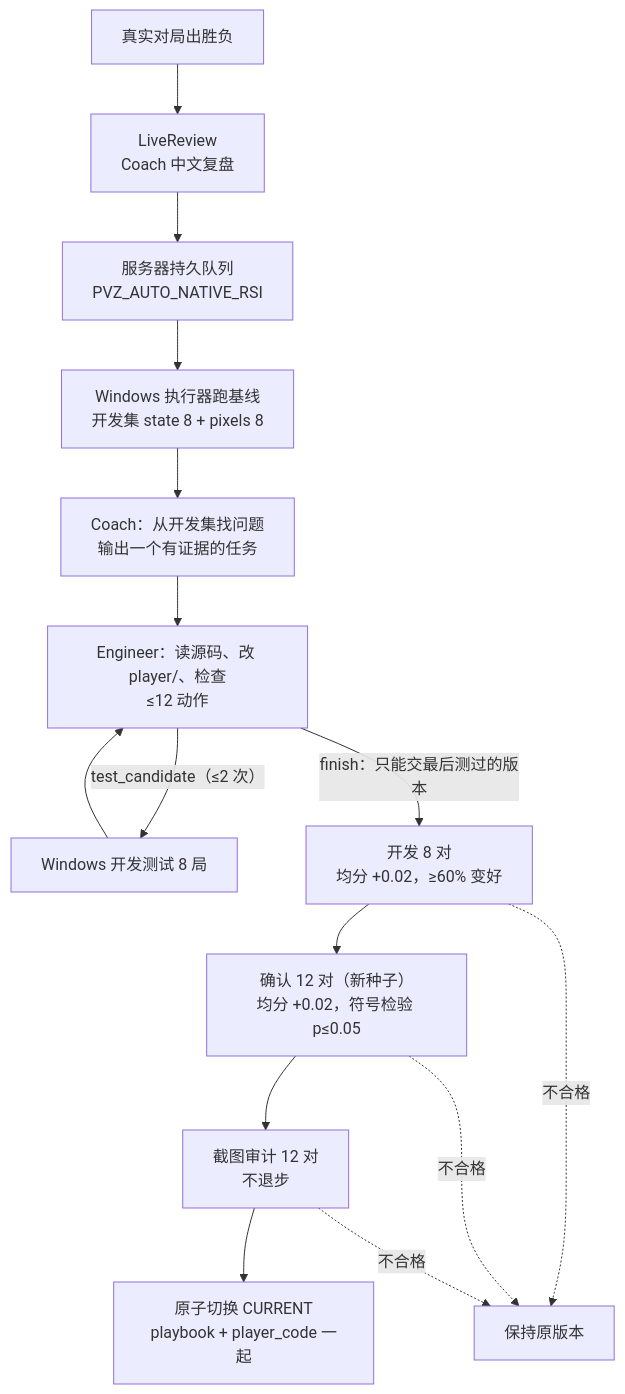
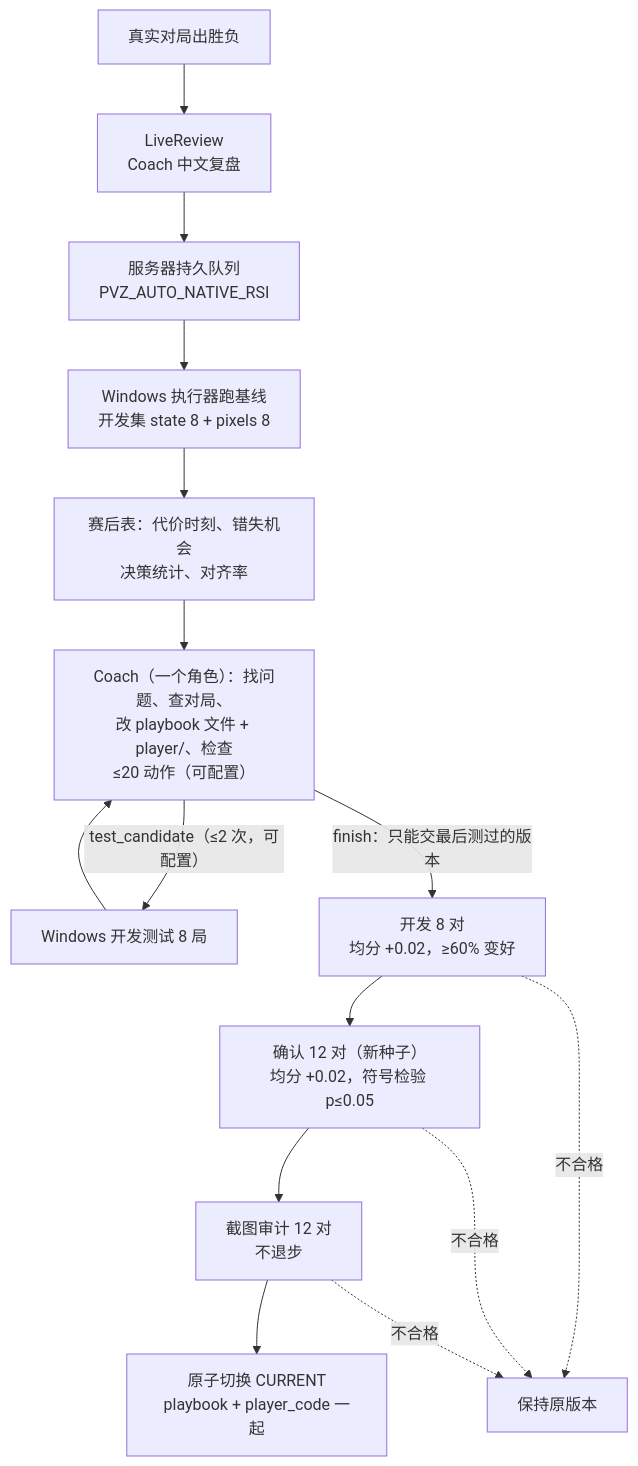
One commit to Fongkai289/pvz-harness changed the fifth of 5 diagrams in docs/ARCHITECTURE.md. Above: the diagram before and after it, drawn with Mermaid. The commit also changed other lines of this file and 118 other files, not shown here.

````diff
--- a/docs/ARCHITECTURE.md
+++ b/docs/ARCHITECTURE.md
@@ -257,17 +310,17 @@
 ```mermaid
 flowchart TB
   END["真实对局出胜负"] --> REV["LiveReview<br/>Coach 中文复盘"]
   REV --> Q["服务器持久队列<br/>PVZ_AUTO_NATIVE_RSI"]
   Q --> BASE["Windows 执行器跑基线<br/>开发集 state 8 + pixels 8"]
-  BASE --> COACH["Coach：从开发集找问题<br/>输出一个有证据的任务"]
-  COACH --> ENG["Engineer：读源码、改 player/、检查<br/>≤12 动作"]
-  ENG -- "test_candidate（≤2 次）" --> TEST["Windows 开发测试 8 局"]
+  BASE --> AN["赛后表：代价时刻、错失机会<br/>决策统计、对齐率"]
+  AN --> ENG["Coach（一个角色）：找问题、查对局、<br/>改 playbook 文件 + player/、检查<br/>≤20 动作（可配置）"]
+  ENG -- "test_candidate（≤2 次，可配置）" --> TEST["Windows 开发测试 8 局"]
   TEST --> ENG
   ENG -- "finish：只能交最后测过的版本" --> DEV["开发 8 对<br/>均分 +0.02，≥60% 变好"]
   DEV --> CONF["确认 12 对（新种子）<br/>均分 +0.02，符号检验 p≤0.05"]
   CONF --> AUD["截图审计 12 对<br/>不退步"]
   AUD --> PROMO["原子切换 CURRENT<br/>playbook + player_code 一起"]
   DEV -. 不合格 .-> STOP["保持原版本"]
   CONF -. 不合格 .-> STOP
   AUD -. 不合格 .-> STOP
 ```
````
